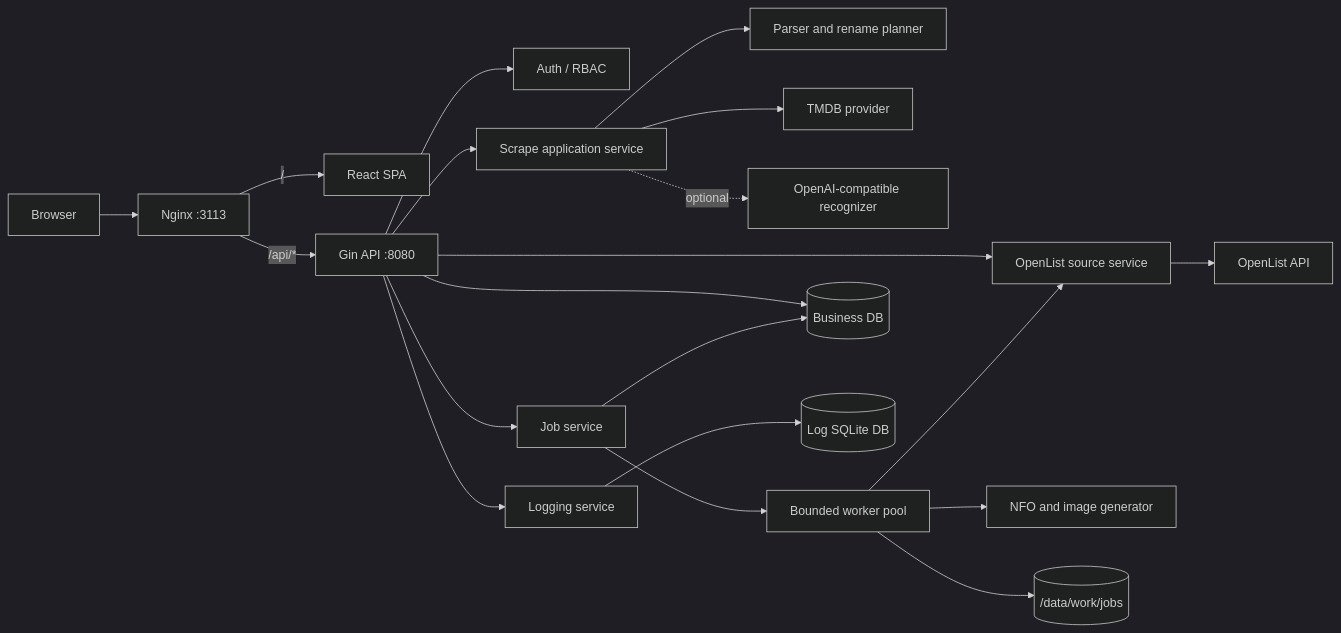
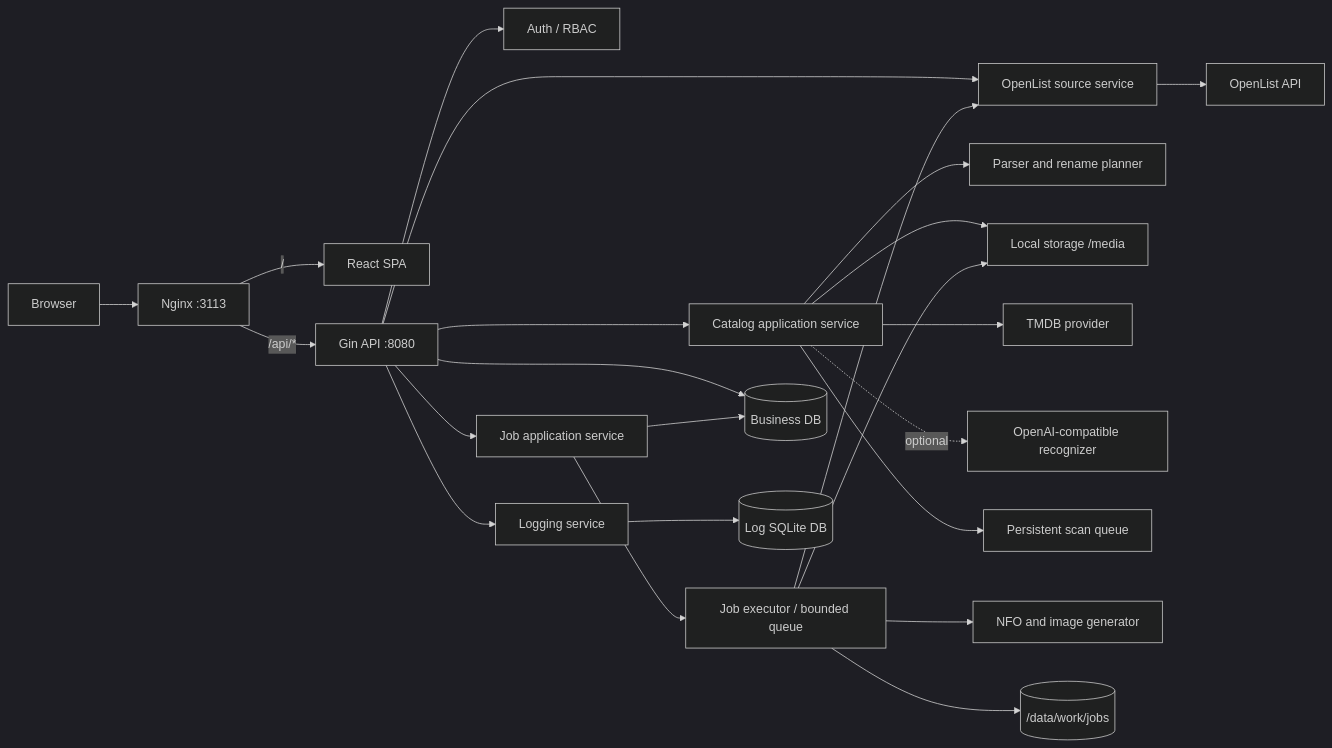
One commit to hienao/OScraper changed the first of 3 diagrams in docs/design.md. Above: the diagram before and after it, drawn with Mermaid (dark theme). The commit also changed other lines of this file and 67 other files, not shown here.

````diff
--- a/docs/design.md
+++ b/docs/design.md
@@ -90,25 +92,28 @@
 ```mermaid
 flowchart LR
     U["Browser"] --> N["Nginx :3113"]
     N -->|"/"| F["React SPA"]
     N -->|"/api/*"| A["Gin API :8080"]
 
     A --> AU["Auth / RBAC"]
     A --> OS["OpenList source service"]
-    A --> SC["Scrape application service"]
-    A --> JL["Job service"]
+    A --> SC["Catalog application service"]
+    A --> JL["Job application service"]
     A --> LG["Logging service"]
 
     SC --> OP["Parser and rename planner"]
+    SC --> LS["Local storage /media"]
     SC --> TP["TMDB provider"]
     SC -. optional .-> AI["OpenAI-compatible recognizer"]
-    JL --> W["Bounded worker pool"]
+    SC --> SW["Persistent scan queue"]
+    JL --> W["Job executor / bounded queue"]
     W --> OS
+    W --> LS
     W --> NF["NFO and image generator"]
 
     A --> DB[("Business DB")]
     JL --> DB
     LG --> LDB[("Log SQLite DB")]
     W --> WS[("/data/work/jobs")]
     OS --> OL["OpenList API"]
 ```
````
